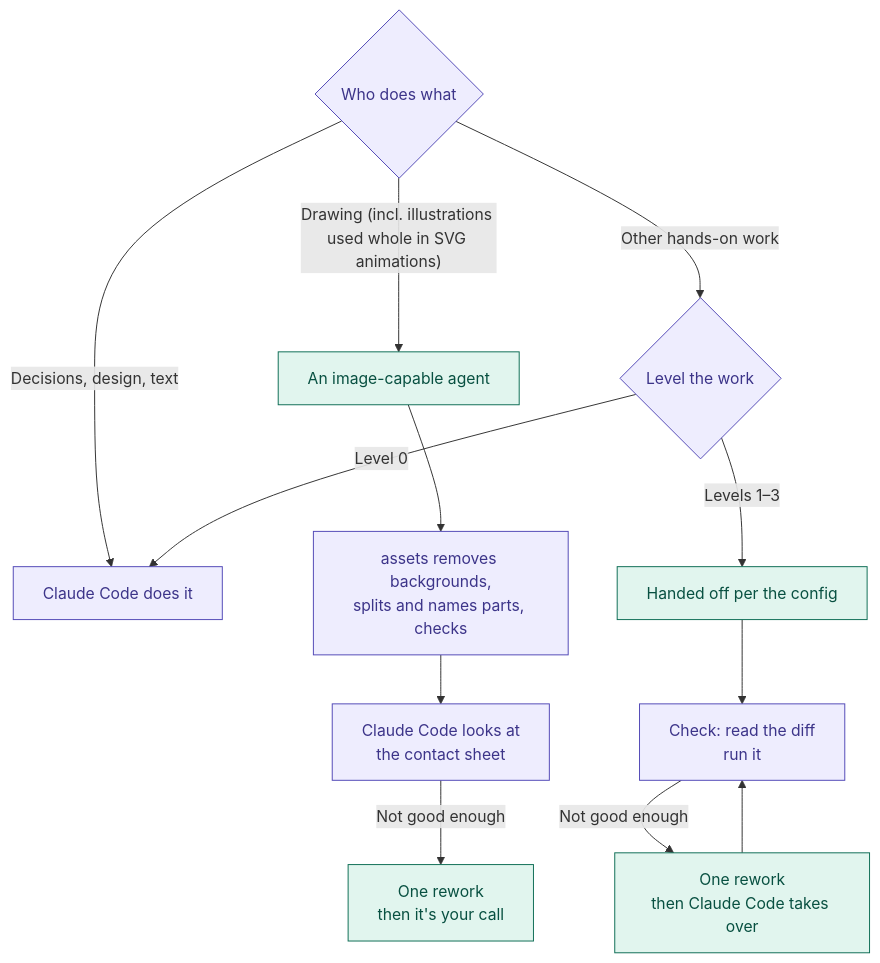
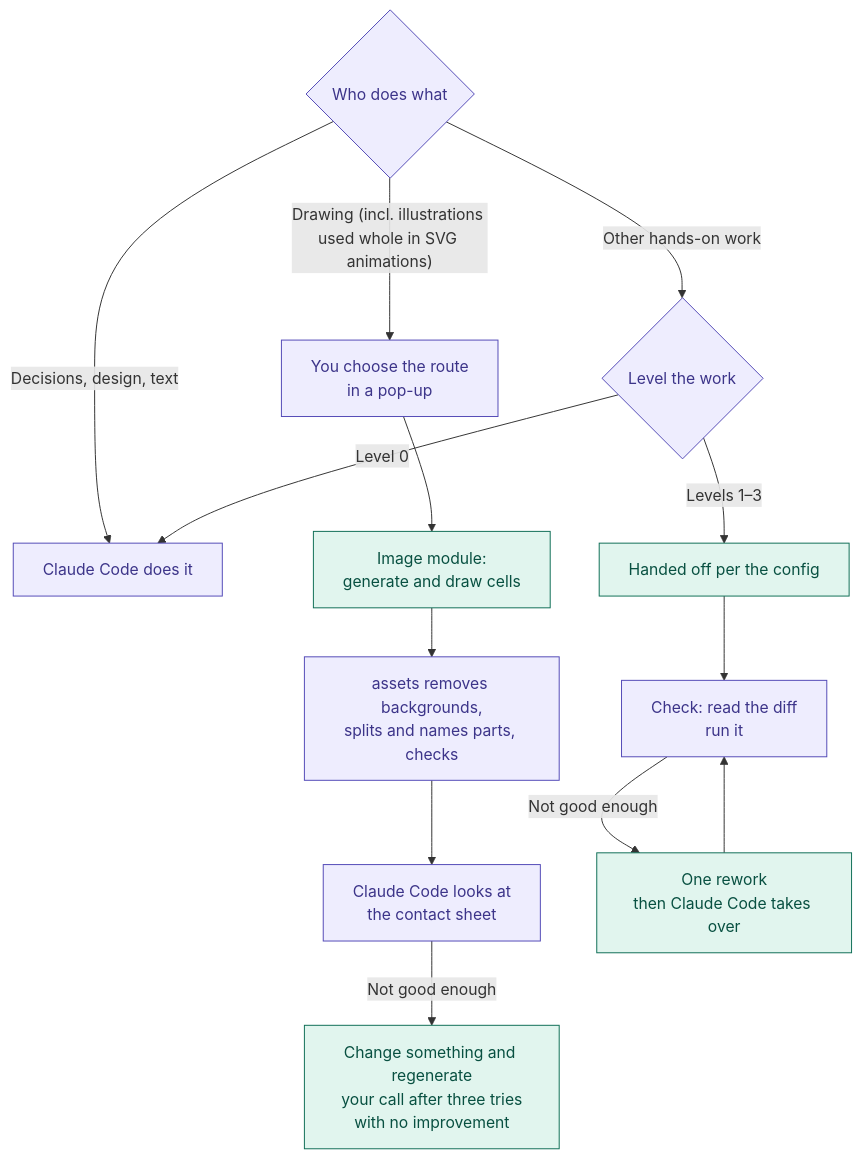
Before and after one commit to DaydayupV/claude-foreman: the third of 4 diagrams in README.en.md, drawn with Mermaid. The commit also changed other lines of this file and 43 other files, not shown here.

````diff
--- a/README.en.md
+++ b/README.en.md
@@ -62,19 +62,20 @@
 ```mermaid
 flowchart TD
     r0{"Who does what"} -- "Decisions, design, text" --> rself["Claude Code does it"]
-    r0 -- "Drawing (incl. illustrations used whole in SVG animations)" --> rimg["An image-capable agent"]
+    r0 -- "Drawing (incl. illustrations used whole in SVG animations)" --> rroute["You choose the route<br/>in a pop-up"]
+    rroute --> rimg["Image module:<br/>generate and draw cells"]
     r0 -- "Other hands-on work" --> rlevel{"Level the work"}
     rlevel -- "Level 0" --> rself
     rlevel -- "Levels 1–3" --> rrun["Handed off per the config"]
     rrun --> rcheck["Check: read the diff<br/>run it"]
     rimg --> rasset["assets removes backgrounds,<br/>splits and names parts, checks"]
     rasset --> rimgcheck["Claude Code looks at<br/>the contact sheet"]
-    rimgcheck -- "Not good enough" --> rimgredo["One rework<br/>then it's your call"]
+    rimgcheck -- "Not good enough" --> rimgredo["Change something and regenerate<br/>your call after three tries<br/>with no improvement"]
     rcheck -- "Not good enough" --> rrework["One rework<br/>then Claude Code takes over"]
     rrework --> rcheck
 
     classDef claude fill:#EEEDFE,stroke:#534AB7,color:#3C3489
     classDef agent fill:#E1F5EE,stroke:#0F6E56,color:#085041
-    class r0,rself,rlevel,rcheck,rasset,rimgcheck claude
+    class r0,rself,rroute,rlevel,rcheck,rasset,rimgcheck claude
     class rimg,rrun,rrework,rimgredo agent
 ```
````
